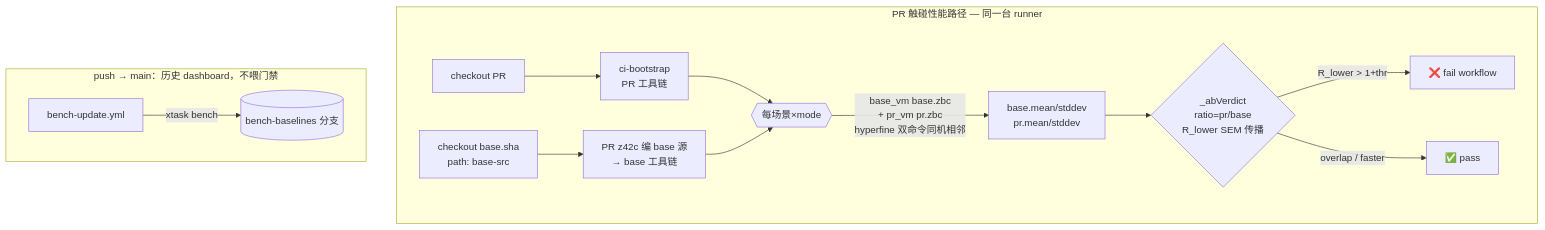
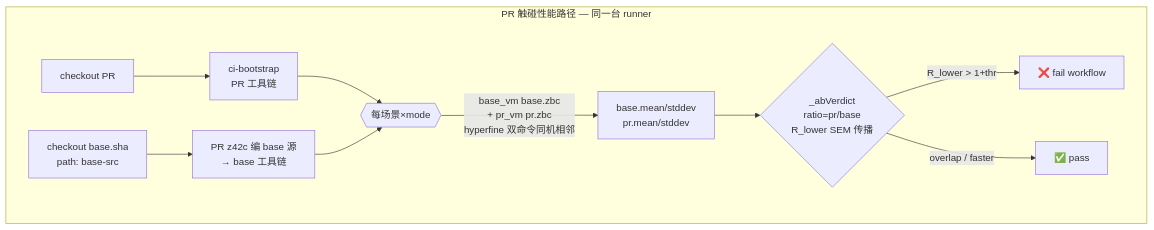
Before and after one commit to z42-lang/z42: the diagram in docs/book/src/dev/benchmarking.md, drawn with Mermaid. The commit also changed other lines of this file and 23 other files, not shown here.

````diff
--- a/docs/book/src/dev/benchmarking.md
+++ b/docs/book/src/dev/benchmarking.md
@@ -137,16 +140,13 @@
 ```mermaid
 flowchart TD
   subgraph pr[PR 触碰性能路径 — 同一台 runner]
     C1[checkout PR] --> BT[ci-bootstrap<br/>PR 工具链]
     C2[checkout base.sha<br/>path: base-src] --> BB[PR z42c 编 base 源<br/>→ base 工具链]
     BT --> AB{{每场景×mode}}
     BB --> AB
     AB -->|base_vm base.zbc<br/>+ pr_vm pr.zbc<br/>hyperfine 双命令同机相邻| M[base.mean/stddev<br/>pr.mean/stddev]
     M --> V{_abVerdict<br/>ratio=pr/base<br/>R_lower SEM 传播}
     V -->|R_lower > 1+thr| F[❌ fail workflow]
     V -->|overlap / faster| K[✅ pass]
   end
-  subgraph dash[push → main：历史 dashboard，不喂门禁]
-    U[bench-update.yml] -->|xtask bench| BL[(bench-baselines 分支)]
-  end
 ```
````
